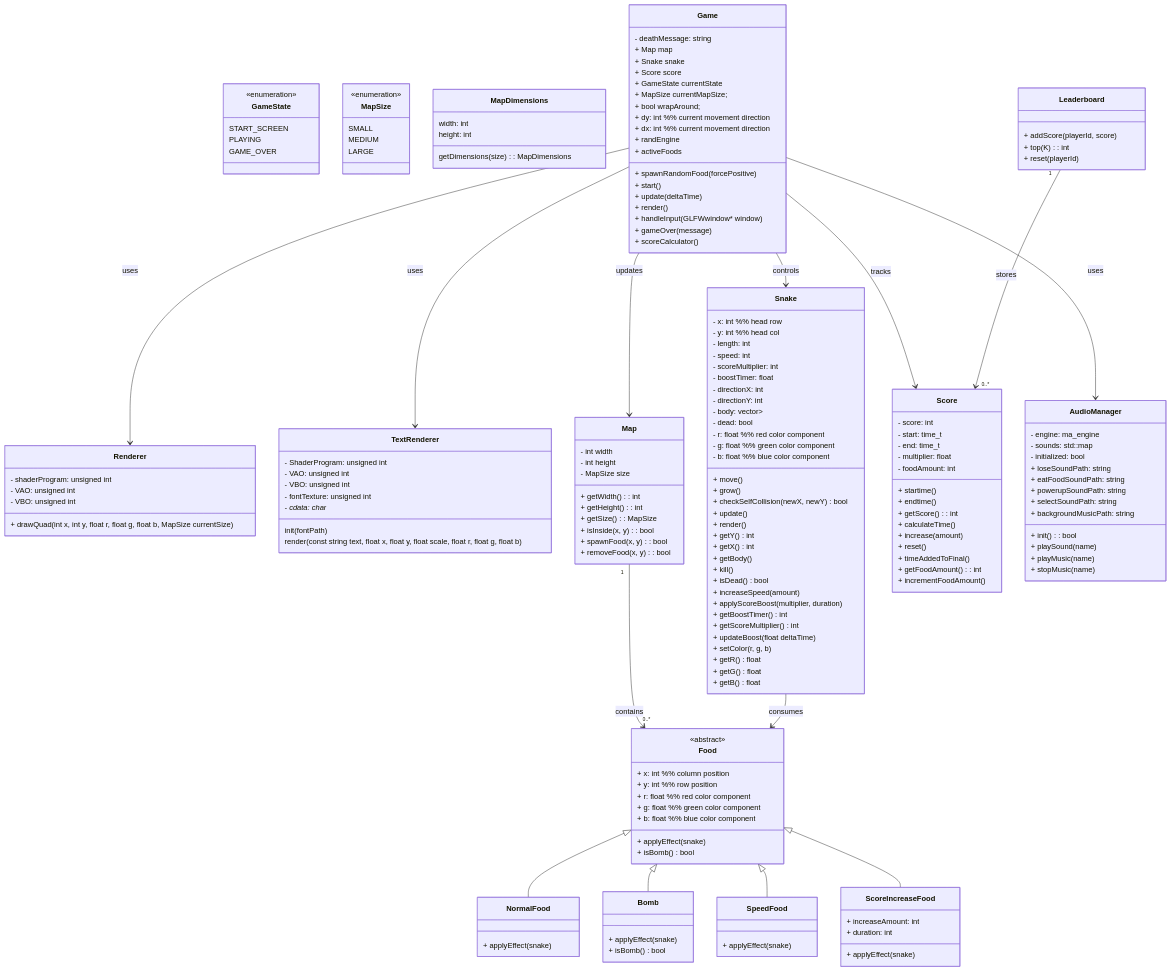
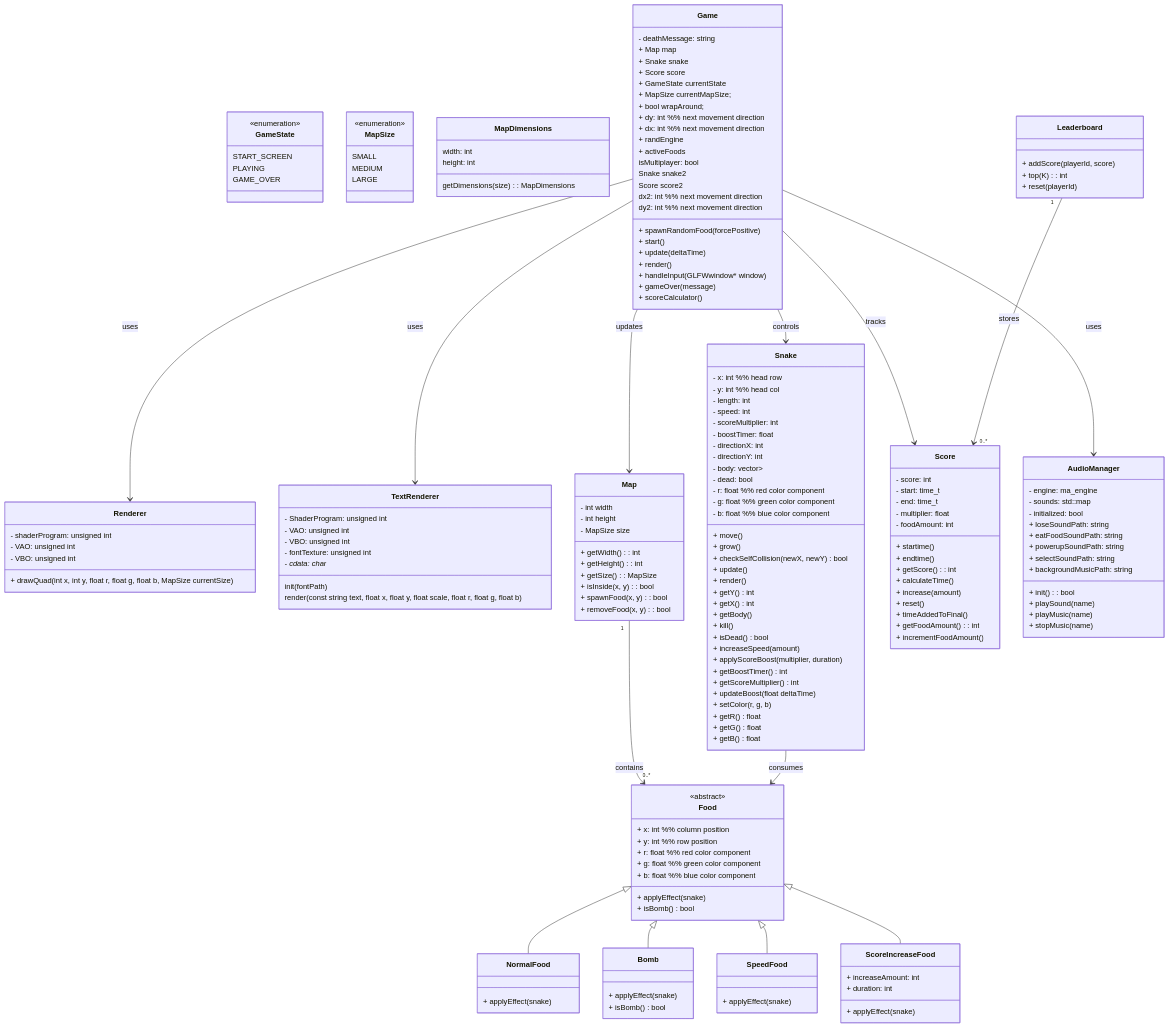
Before and after one commit to KhioneWinter/PA5-Snake: the diagram in README.md, drawn with Mermaid. The commit also changed 2 other files, not shown here.

```diff
--- a/README.md
+++ b/README.md
@@ -210,8 +210,8 @@
     + MapSize currentMapSize;
     + bool wrapAround;
 
-    + dy: int %% current movement direction
-    + dx: int %% current movement direction
+    + dy: int %% next movement direction
+    + dx: int %% next movement direction
 
     + randEngine
     + activeFoods
@@ -221,9 +221,16 @@
     + update(deltaTime)
     + render()
     + handleInput(GLFWwindow* window)
+
     + gameOver(message)
+    + scoreCalculator()
 
-    + scoreCalculator()
+    %% multiplayer attributes
+    isMultiplayer: bool
+    Snake snake2
+    Score score2
+    dx2: int  %% next movement direction
+    dy2: int  %% next movement direction
 }
 
 class Map {
```
